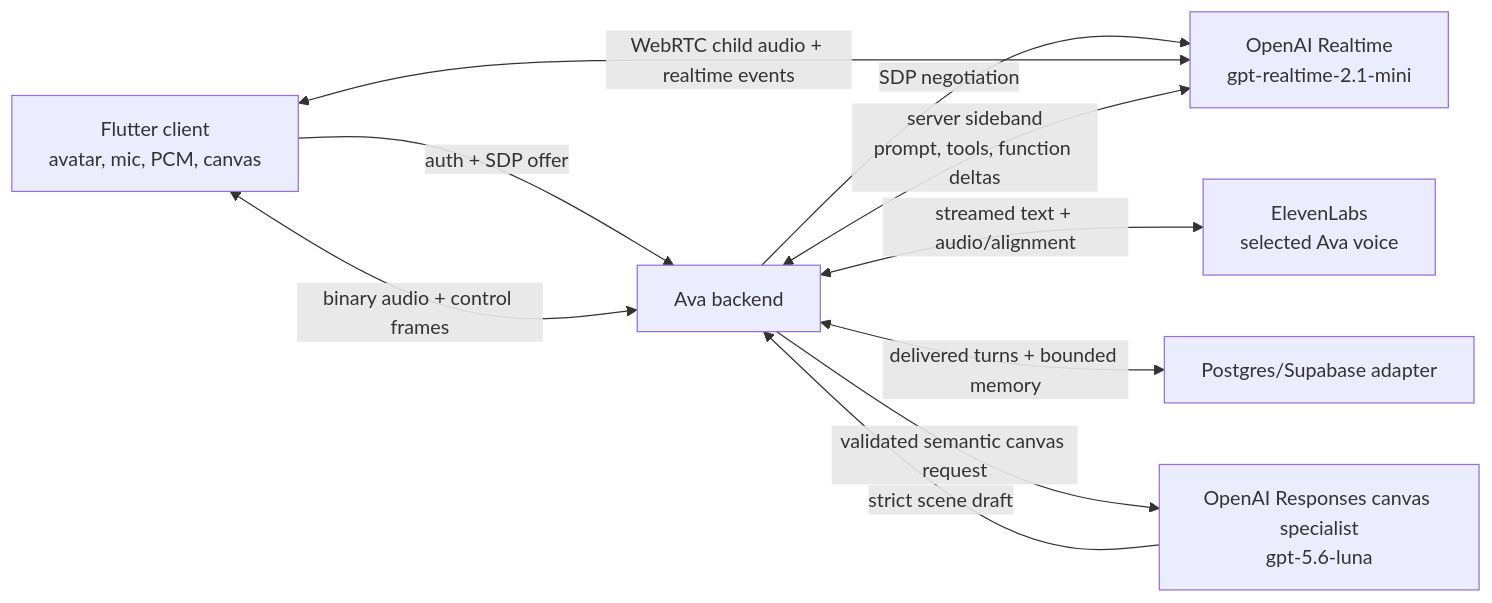
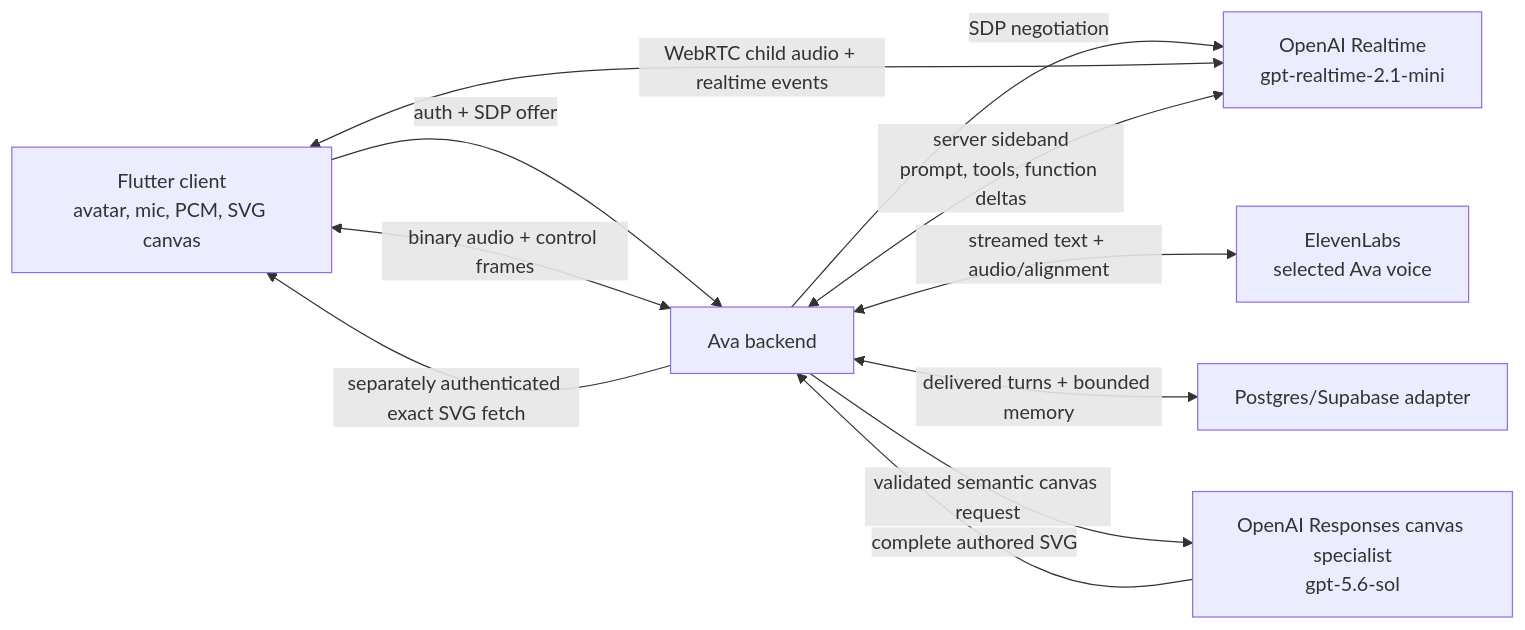
The first of 2 diagrams in docs/production_architecture.md (nelson960/Ava), drawn with Mermaid before and after one commit. The commit also changed other lines of this file and 190 other files, not shown here.

````diff
--- a/docs/production_architecture.md
+++ b/docs/production_architecture.md
@@ -34,12 +34,13 @@
 ```mermaid
 flowchart LR
-    C["Flutter client<br/>avatar, mic, PCM, canvas"] -->|"auth + SDP offer"| B["Ava backend"]
+    C["Flutter client<br/>avatar, mic, PCM, SVG canvas"] -->|"auth + SDP offer"| B["Ava backend"]
     B -->|"SDP negotiation"| R["OpenAI Realtime<br/>gpt-realtime-2.1-mini"]
     C <-->|"WebRTC child audio + realtime events"| R
     B <-->|"server sideband<br/>prompt, tools, function deltas"| R
     B <-->|"streamed text + audio/alignment"| E["ElevenLabs<br/>selected Ava voice"]
     B <-->|"binary audio + control frames"| C
+    B -->|"separately authenticated exact SVG fetch"| C
     B <-->|"delivered turns + bounded memory"| D["Postgres/Supabase adapter"]
-    B -->|"validated semantic canvas request"| S["OpenAI Responses canvas specialist<br/>gpt-5.6-luna"]
-    S -->|"strict scene draft"| B
+    B -->|"validated semantic canvas request"| S["OpenAI Responses canvas specialist<br/>gpt-5.6-sol"]
+    S -->|"complete authored SVG"| B
 ```
````
